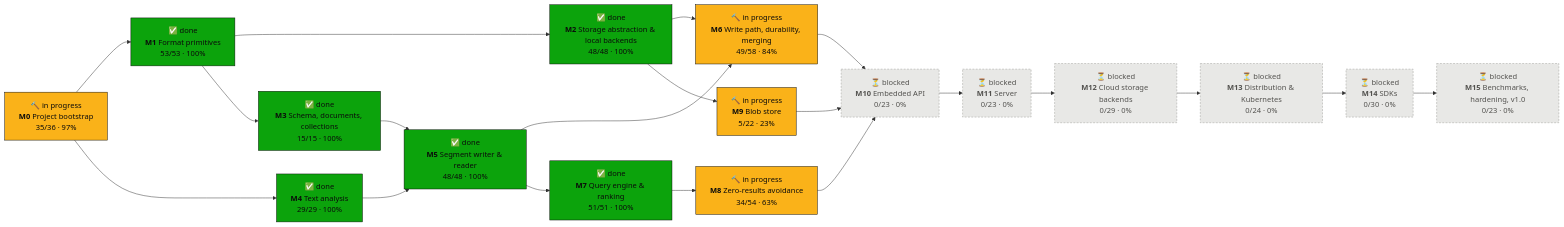
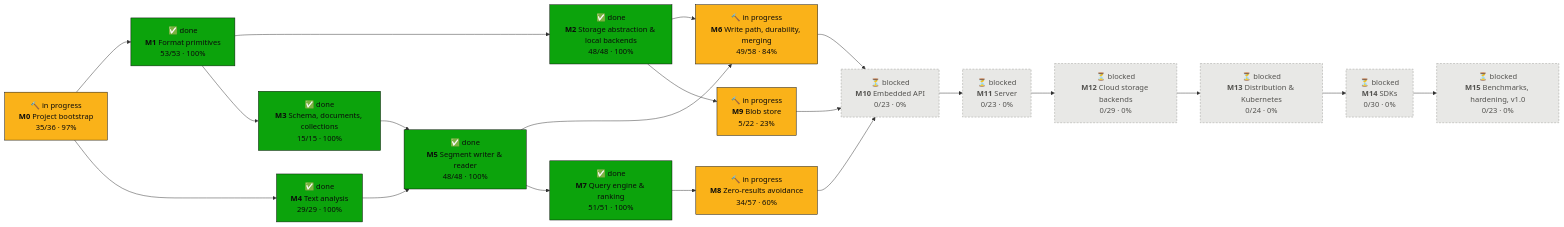
One commit to tomiok/persiaDB changed the first of 2 diagrams in PROGRESS.md. Above: the diagram before and after it, drawn with Mermaid. The commit also changed other lines of this file and 8 other files, not shown here.

````diff
--- a/PROGRESS.md
+++ b/PROGRESS.md
@@ -16,42 +16,42 @@
 ```mermaid
 flowchart LR
   M0["🔨 in progress<br/><b>M0</b> Project bootstrap<br/>35/36 · 97%"]:::doing
   M1["✅ done<br/><b>M1</b> Format primitives<br/>53/53 · 100%"]:::done
   M2["✅ done<br/><b>M2</b> Storage abstraction & local backends<br/>48/48 · 100%"]:::done
   M3["✅ done<br/><b>M3</b> Schema, documents, collections<br/>15/15 · 100%"]:::done
   M4["✅ done<br/><b>M4</b> Text analysis<br/>29/29 · 100%"]:::done
   M5["✅ done<br/><b>M5</b> Segment writer & reader<br/>48/48 · 100%"]:::done
   M6["🔨 in progress<br/><b>M6</b> Write path, durability, merging<br/>49/58 · 84%"]:::doing
   M7["✅ done<br/><b>M7</b> Query engine & ranking<br/>51/51 · 100%"]:::done
-  M8["🔨 in progress<br/><b>M8</b> Zero-results avoidance<br/>34/54 · 63%"]:::doing
+  M8["🔨 in progress<br/><b>M8</b> Zero-results avoidance<br/>34/57 · 60%"]:::doing
   M9["🔨 in progress<br/><b>M9</b> Blob store<br/>5/22 · 23%"]:::doing
   M10["⏳ blocked<br/><b>M10</b> Embedded API<br/>0/23 · 0%"]:::blocked
   M11["⏳ blocked<br/><b>M11</b> Server<br/>0/23 · 0%"]:::blocked
   M12["⏳ blocked<br/><b>M12</b> Cloud storage backends<br/>0/29 · 0%"]:::blocked
   M13["⏳ blocked<br/><b>M13</b> Distribution & Kubernetes<br/>0/24 · 0%"]:::blocked
   M14["⏳ blocked<br/><b>M14</b> SDKs<br/>0/30 · 0%"]:::blocked
   M15["⏳ blocked<br/><b>M15</b> Benchmarks, hardening, v1.0<br/>0/23 · 0%"]:::blocked
   M0 --> M1
   M1 --> M2
   M1 --> M3
   M0 --> M4
   M3 --> M5
   M4 --> M5
   M2 --> M6
   M5 --> M6
   M5 --> M7
   M7 --> M8
   M2 --> M9
   M6 --> M10
   M8 --> M10
   M9 --> M10
   M10 --> M11
   M11 --> M12
   M12 --> M13
   M13 --> M14
   M14 --> M15
   classDef done fill:#0ca30c,stroke:#0b0b0b,color:#0b0b0b
   classDef doing fill:#fab219,stroke:#0b0b0b,color:#0b0b0b
   classDef ready fill:#fcfcfb,stroke:#0b0b0b,stroke-width:2px,color:#0b0b0b
   classDef blocked fill:#e8e8e6,stroke:#9a9a96,stroke-dasharray:4 3,color:#52514e
 ```
````
